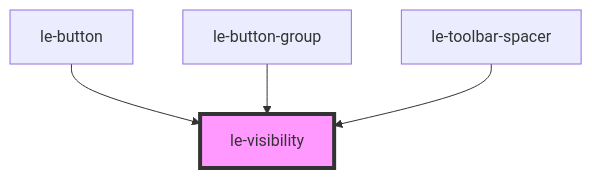
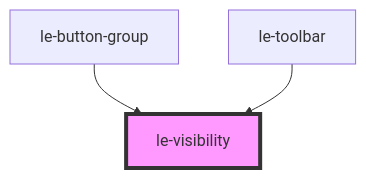
The diagram in packages/core/src/components/le-visibility/readme.md (leechy/le-kit), drawn with Mermaid before and after one commit. The commit also changed other lines of this file and 36 other files, not shown here.

Commit message:
Rebuild with <le-button> missing <le-visibility> (all the readme's are updated)

````diff
--- a/packages/core/src/components/le-visibility/readme.md
+++ b/packages/core/src/components/le-visibility/readme.md
@@ -37,7 +36,6 @@
 ```mermaid
 graph TD;
-  le-button --> le-visibility
   le-button-group --> le-visibility
-  le-toolbar-spacer --> le-visibility
+  le-toolbar --> le-visibility
   style le-visibility fill:#f9f,stroke:#333,stroke-width:4px
 ```
````
